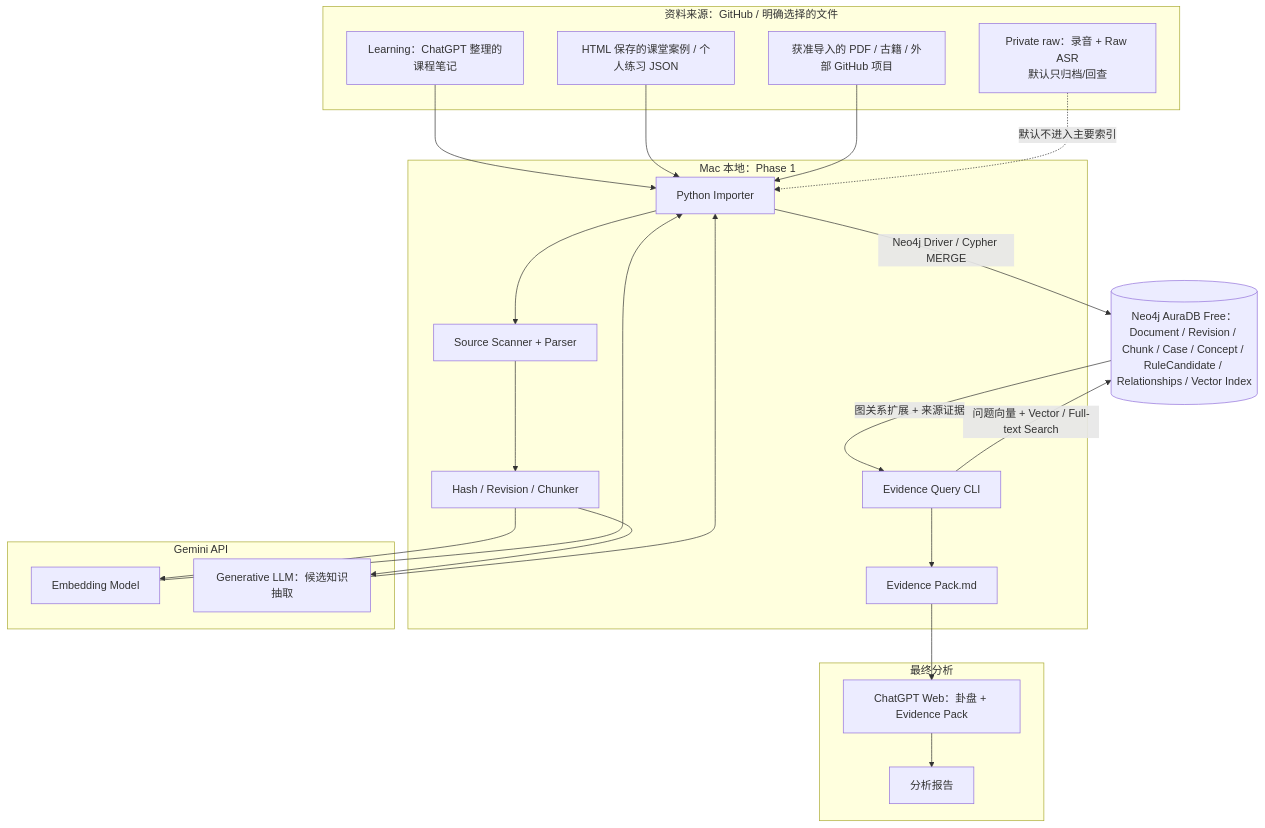
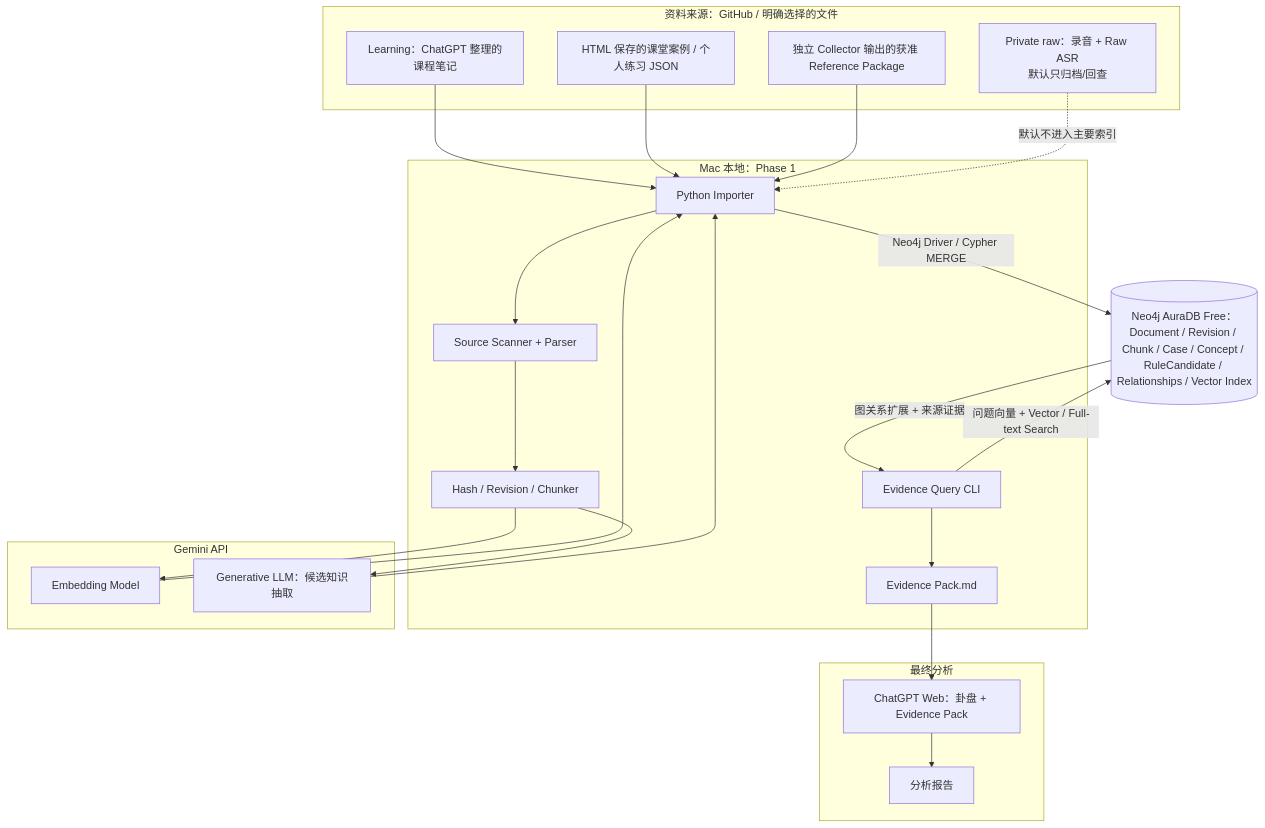
One commit to symbi/liuyao-learning-app changed the diagram in docs/phase1-implementation-plan.md. Above: the diagram before and after it, drawn with Mermaid. The commit also changed other lines of this file, not shown here.

Commit message:
docs: defer PDF adapter and define package-based reference ingestion

```diff
--- a/docs/phase1-implementation-plan.md
+++ b/docs/phase1-implementation-plan.md
@@ -33,43 +35,43 @@
 ~~~mermaid
 flowchart TB
   subgraph SOURCES["资料来源：GitHub / 明确选择的文件"]
     A["Private raw：录音 + Raw ASR<br/>默认只归档/回查"]
     B["Learning：ChatGPT 整理的课程笔记"]
     C["HTML 保存的课堂案例 / 个人练习 JSON"]
-    D["获准导入的 PDF / 古籍 / 外部 GitHub 项目"]
+    D["独立 Collector 输出的获准 Reference Package"]
   end
 
   subgraph MAC["Mac 本地：Phase 1"]
     I["Python Importer"]
     S["Source Scanner + Parser"]
     H["Hash / Revision / Chunker"]
     E["Evidence Query CLI"]
     P["Evidence Pack.md"]
   end
 
   subgraph MODELS["Gemini API"]
     EM["Embedding Model"]
     GL["Generative LLM：候选知识抽取"]
   end
 
   N[("Neo4j AuraDB Free：Document / Revision / Chunk / Case / Concept / RuleCandidate / Relationships / Vector Index")]
 
   subgraph HUMAN["最终分析"]
     CHAT["ChatGPT Web：卦盘 + Evidence Pack"]
     REPORT["分析报告"]
   end
 
   B --> I
   C --> I
   D --> I
   A -. "默认不进入主要索引" .-> I
   I --> S --> H
   H --> EM
   H --> GL
   EM --> I
   GL --> I
   I -->|"Neo4j Driver / Cypher MERGE"| N
   E -->|"问题向量 + Vector / Full-text Search"| N
   N -->|"图关系扩展 + 来源证据"| E
   E --> P --> CHAT --> REPORT
 ~~~
```
